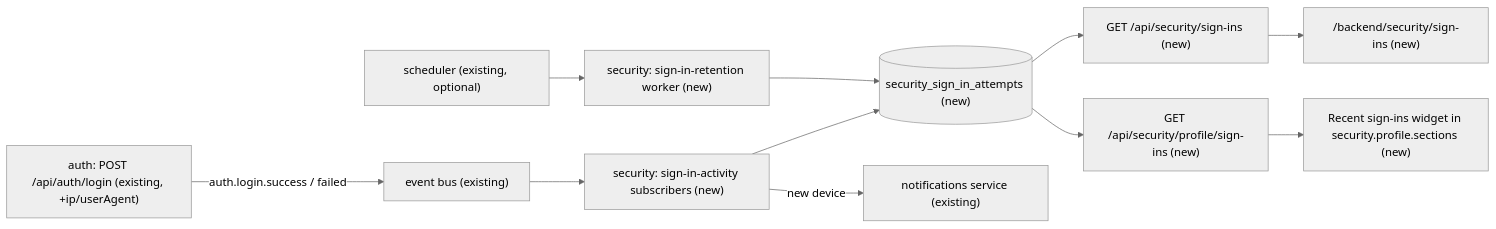
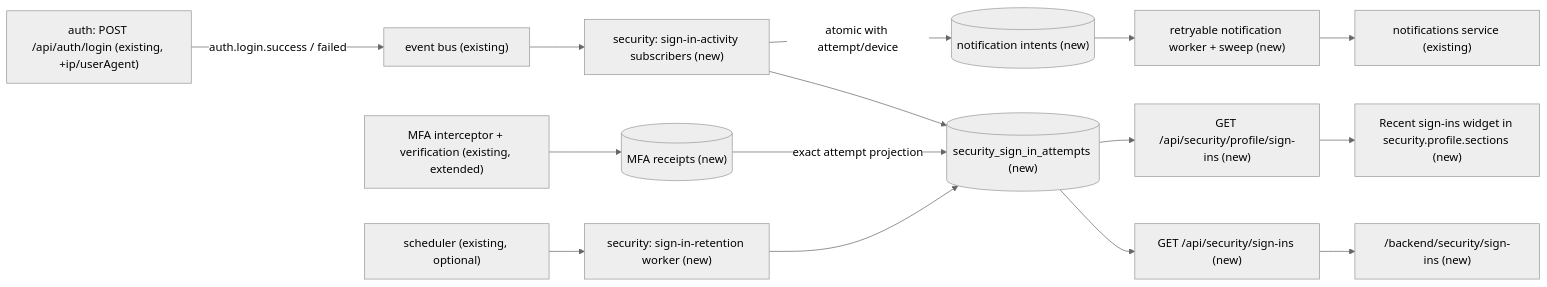
Before and after one commit to open-mercato/open-mercato: the first of 2 diagrams in .ai/specs/enterprise/2026-11-13-sign-in-activity.md, drawn with Mermaid (neutral theme). The commit also changed other lines of this file, not shown here.

````diff
--- a/.ai/specs/enterprise/2026-11-13-sign-in-activity.md
+++ b/.ai/specs/enterprise/2026-11-13-sign-in-activity.md
@@ -64,13 +64,17 @@
 ```mermaid
 flowchart LR
     login["auth: POST /api/auth/login (existing, +ip/userAgent)"] -->|auth.login.success / failed| bus["event bus (existing)"]
     bus --> sub["security: sign-in-activity subscribers (new)"]
     sub --> tbl[("security_sign_in_attempts (new)")]
-    sub -->|new device| notif["notifications service (existing)"]
+    sub -->|atomic with attempt/device| intent[("notification intents (new)")]
+    intent --> delivery["retryable notification worker + sweep (new)"]
+    delivery --> notif["notifications service (existing)"]
+    mfa["MFA interceptor + verification (existing, extended)"] --> receipt[("MFA receipts (new)")]
+    receipt -->|exact attempt projection| tbl
     sched["scheduler (existing, optional)"] --> worker["security: sign-in-retention worker (new)"]
     worker --> tbl
     tbl --> adminApi["GET /api/security/sign-ins (new)"]
     tbl --> ownApi["GET /api/security/profile/sign-ins (new)"]
     adminApi --> adminPage["/backend/security/sign-ins (new)"]
     ownApi --> widget["Recent sign-ins widget in security.profile.sections (new)"]
 ```
````
